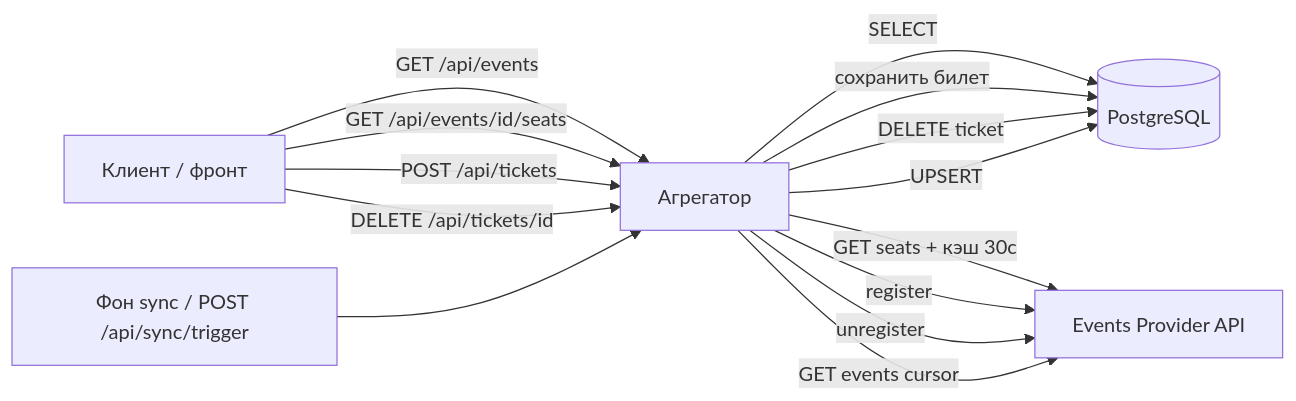
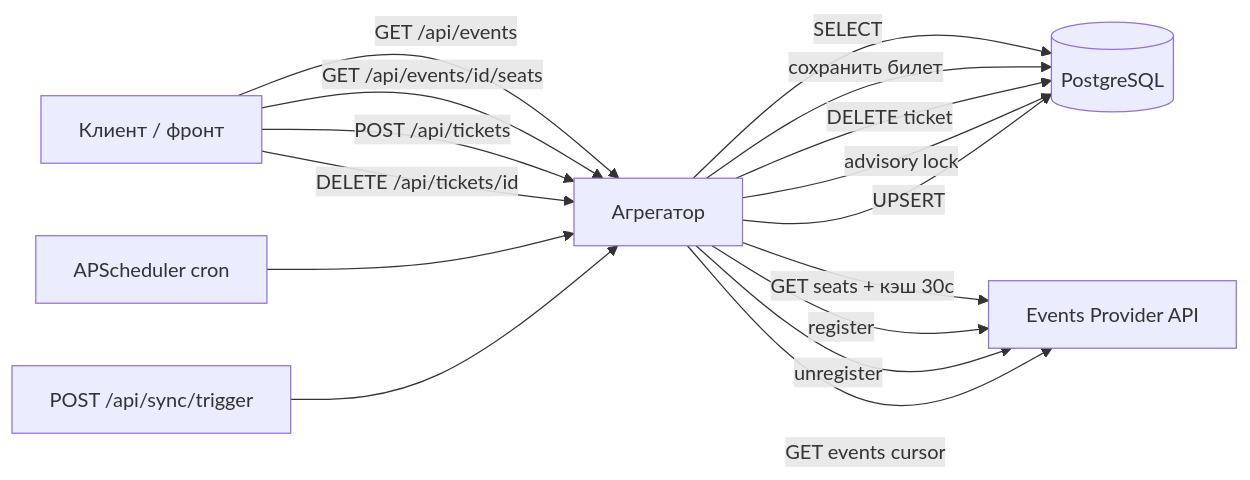
Before and after one commit to AveGeorges/EventsAPIAgregatorService: the diagram in README.md, drawn with Mermaid. The commit also changed other lines of this file and 16 other files, not shown here.

Commit message:
feat: add scheduled event sync with pg advisory lock

````diff
--- a/README.md
+++ b/README.md
@@ -102,26 +122,29 @@
 ```mermaid
 flowchart LR
   Client[Клиент / фронт]
   Agg[Агрегатор]
   DB[(PostgreSQL)]
   Prov[Events Provider API]
 
   Client -->|GET /api/events| Agg
   Agg -->|SELECT| DB
 
   Client -->|GET /api/events/id/seats| Agg
   Agg -->|GET seats + кэш 30с| Prov
 
   Client -->|POST /api/tickets| Agg
   Agg -->|register| Prov
   Agg -->|сохранить билет| DB
 
   Client -->|DELETE /api/tickets/id| Agg
   Agg -->|unregister| Prov
   Agg -->|DELETE ticket| DB
 
-  Worker[Фон sync / POST /api/sync/trigger]
-  Worker --> Agg
+  Cron[APScheduler cron]
+  Trigger[POST /api/sync/trigger]
+  Cron --> Agg
+  Trigger --> Agg
+  Agg -->|advisory lock| DB
   Agg -->|GET events cursor| Prov
   Agg -->|UPSERT| DB
 ```
````
